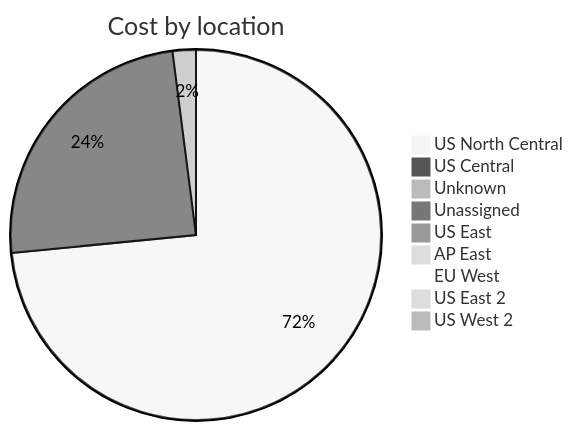
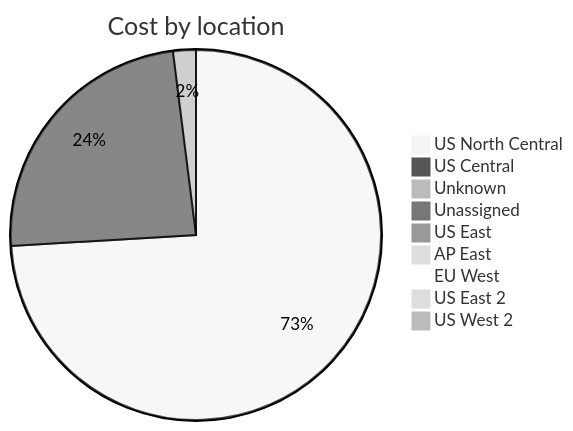
Before and after one commit to jpfulton/azure-personal-reports: the third of 4 diagrams in cost-reports/accumulated-cost.md, drawn with Mermaid (neutral theme). The commit also changed other lines of this file and 4 other files, not shown here.

````diff
--- a/cost-reports/accumulated-cost.md
+++ b/cost-reports/accumulated-cost.md
@@ -131,13 +131,13 @@
 ```mermaid
 pie
    title Cost by location
-   "US North Central" : 8.69
-   "US Central" : 2.90
-   "Unknown" : 0.24
-   "Unassigned" : 0.11
-   "US East" : 0.05
+   "US North Central" : 10.79
+   "US Central" : 3.49
+   "Unknown" : 0.29
+   "Unassigned" : 0.14
+   "US East" : 0.06
    "AP East" : 0.00
    "EU West" : 0.00
    "US East 2" : 0.00
    "US West 2" : 0.00
 ```
````
